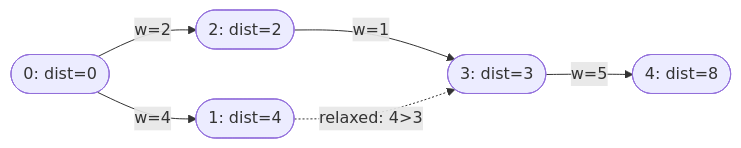
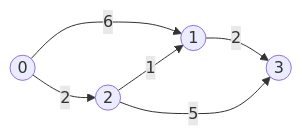
The second of 6 diagrams in theory/04-data-structures-2/03-graph/04-shortest-path.md (vikash1a/data-structure-algorithm), drawn with Mermaid before and after one commit. The commit also changed other lines of this file, not shown here.

Commit message:
docs(graph): improve Dijkstra visualisation with step-by-step trace and relaxation diagram

````diff
--- a/theory/04-data-structures-2/03-graph/04-shortest-path.md
+++ b/theory/04-data-structures-2/03-graph/04-shortest-path.md
@@ -48,8 +50,8 @@
 ```mermaid
 flowchart LR
-    A(["0: dist=0"]) -->|"w=4"| B(["1: dist=4"])
-    A -->|"w=2"| C(["2: dist=2"])
-    C -->|"w=1"| D(["3: dist=3"])
-    B -.->|"relaxed: 4>3"| D
-    D -->|"w=5"| E(["4: dist=8"])
+    A((0)) -->|6| B((1))
+    A -->|2| C((2))
+    C -->|1| B
+    B -->|2| D((3))
+    C -->|5| D
 ```
````
